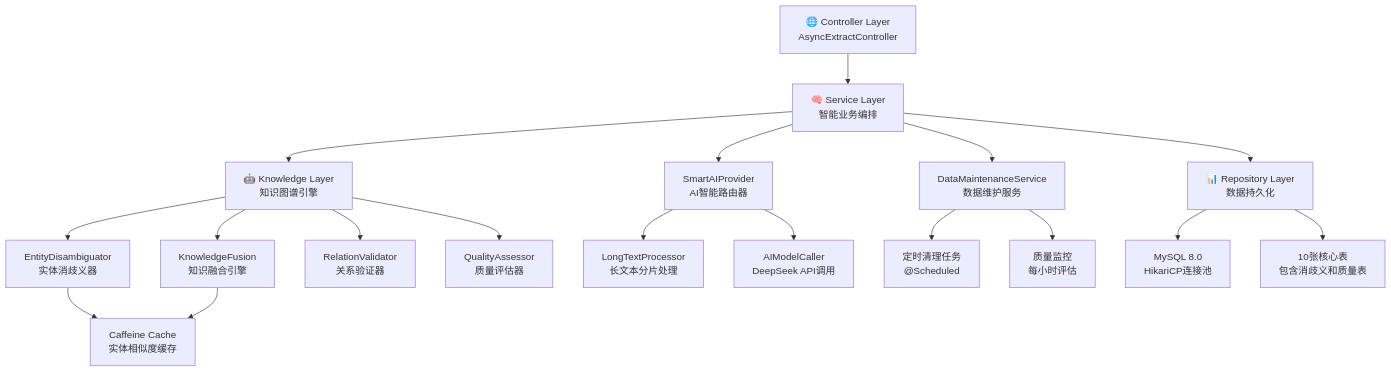
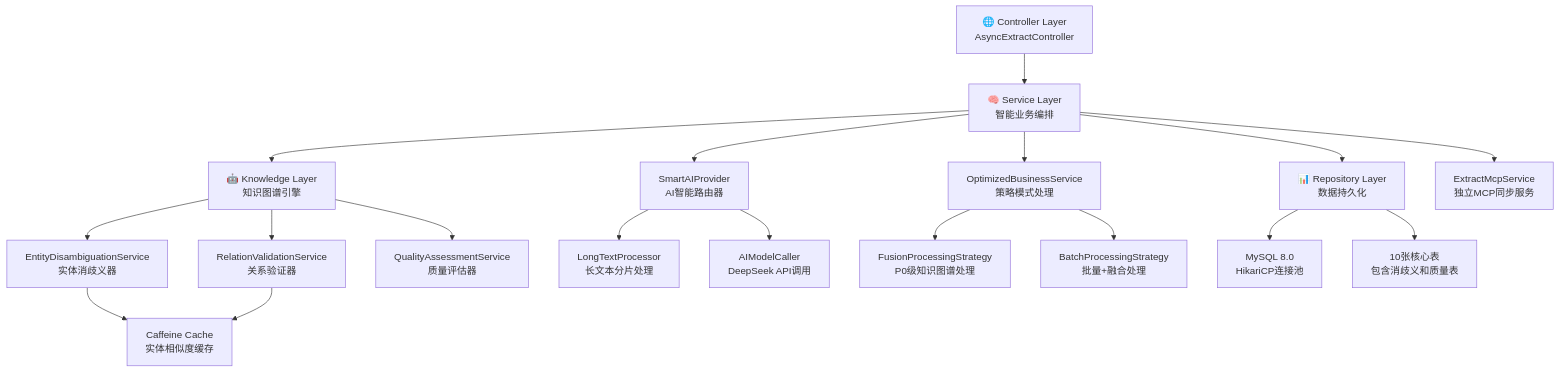
The diagram in doc/系统架构设计文档.md (jimeswei/extract-service), drawn with Mermaid before and after one commit. The commit also changed other lines of this file, not shown here.

````diff
--- a/doc/系统架构设计文档.md
+++ b/doc/系统架构设计文档.md
@@ -33,25 +40,26 @@
 ```mermaid
 graph TD
     A["🌐 Controller Layer<br/>AsyncExtractController"] --> B["🧠 Service Layer<br/>智能业务编排"]
     B --> C["🤖 Knowledge Layer<br/>知识图谱引擎"]
     B --> D["📊 Repository Layer<br/>数据持久化"]
     
-    C --> E["EntityDisambiguator<br/>实体消歧义器"]
-    C --> F["KnowledgeFusion<br/>知识融合引擎"]
-    C --> G["RelationValidator<br/>关系验证器"]
-    C --> H["QualityAssessor<br/>质量评估器"]
+    C --> E["EntityDisambiguationService<br/>实体消歧义器"]
+    C --> F["RelationValidationService<br/>关系验证器"]
+    C --> G["QualityAssessmentService<br/>质量评估器"]
     
-    B --> I["SmartAIProvider<br/>AI智能路由器"]
-    I --> J["LongTextProcessor<br/>长文本分片处理"]
-    I --> K["AIModelCaller<br/>DeepSeek API调用"]
+    B --> H["SmartAIProvider<br/>AI智能路由器"]
+    H --> I["LongTextProcessor<br/>长文本分片处理"]
+    H --> J["AIModelCaller<br/>DeepSeek API调用"]
     
-    B --> L["DataMaintenanceService<br/>数据维护服务"]
-    L --> M["定时清理任务<br/>@Scheduled"]
-    L --> N["质量监控<br/>每小时评估"]
+    B --> K["OptimizedBusinessService<br/>策略模式处理"]
+    K --> L["FusionProcessingStrategy<br/>P0级知识图谱处理"]
+    K --> M["BatchProcessingStrategy<br/>批量+融合处理"]
+    
+    B --> N["ExtractMcpService<br/>独立MCP同步服务"]
     
     D --> O["MySQL 8.0<br/>HikariCP连接池"]
     D --> P["10张核心表<br/>包含消歧义和质量表"]
     
     E --> Q["Caffeine Cache<br/>实体相似度缓存"]
     F --> Q
 ```
````
